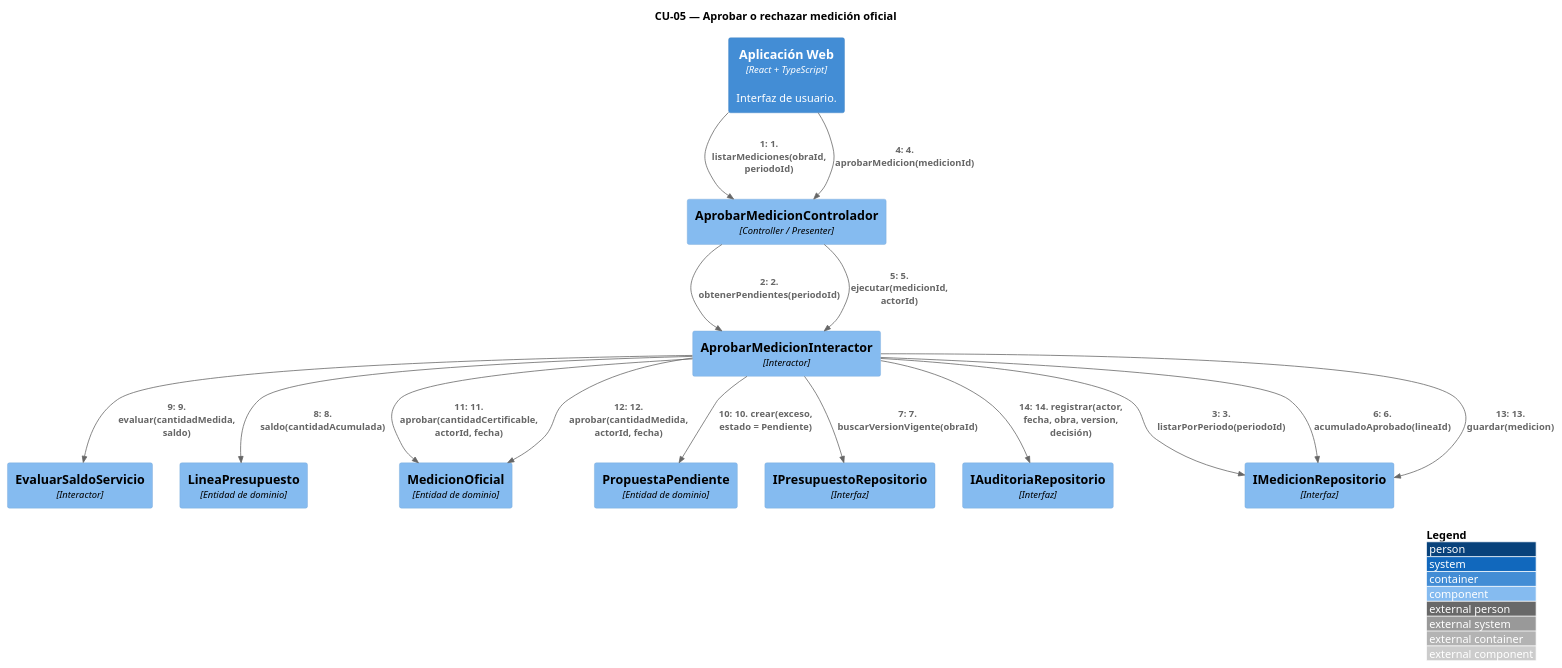
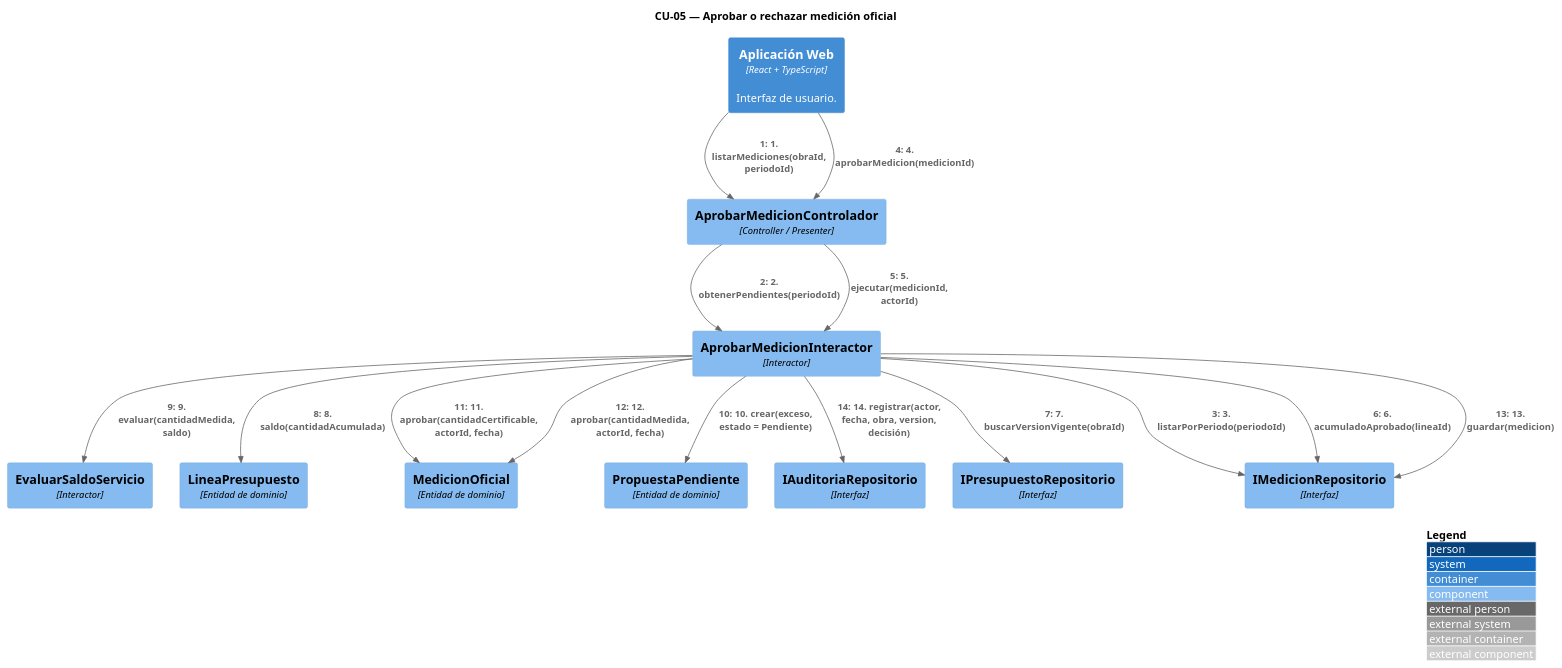
The diagram in modelo/c4/C4-CU05.puml (Ssrrb/TPF-teoria), drawn with PlantUML before and after one commit. The commit also changed other lines of this file and 248 other files, not shown here.

```diff
--- a/modelo/c4/C4-CU05.puml
+++ b/modelo/c4/C4-CU05.puml
@@ -1,31 +1,31 @@
 @startuml
 !include <C4/C4_Dynamic>
 LAYOUT_WITH_LEGEND()
 title CU-05 — Aprobar o rechazar medición oficial
 
 Container(web, "Aplicación Web", "React + TypeScript", "Interfaz de usuario.")
 Component(AprobarMedicionControlador, "AprobarMedicionControlador", "Controller / Presenter")
 Component(AprobarMedicionInteractor, "AprobarMedicionInteractor", "Interactor")
 Component(EvaluarSaldoServicio, "EvaluarSaldoServicio", "Interactor")
 Component(LineaPresupuesto, "LineaPresupuesto", "Entidad de dominio")
 Component(MedicionOficial, "MedicionOficial", "Entidad de dominio")
 Component(PropuestaPendiente, "PropuestaPendiente", "Entidad de dominio")
+Component(IAuditoriaRepositorio, "IAuditoriaRepositorio", "Interfaz")
 Component(IPresupuestoRepositorio, "IPresupuestoRepositorio", "Interfaz")
-Component(IAuditoriaRepositorio, "IAuditoriaRepositorio", "Interfaz")
 Component(IMedicionRepositorio, "IMedicionRepositorio", "Interfaz")
 
 Rel(web, AprobarMedicionControlador, "1. listarMediciones(obraId, periodoId)")
 Rel(AprobarMedicionControlador, AprobarMedicionInteractor, "2. obtenerPendientes(periodoId)")
 Rel(AprobarMedicionInteractor, IMedicionRepositorio, "3. listarPorPeriodo(periodoId)")
 Rel(web, AprobarMedicionControlador, "4. aprobarMedicion(medicionId)")
 Rel(AprobarMedicionControlador, AprobarMedicionInteractor, "5. ejecutar(medicionId, actorId)")
 Rel(AprobarMedicionInteractor, IMedicionRepositorio, "6. acumuladoAprobado(lineaId)")
 Rel(AprobarMedicionInteractor, IPresupuestoRepositorio, "7. buscarVersionVigente(obraId)")
 Rel(AprobarMedicionInteractor, LineaPresupuesto, "8. saldo(cantidadAcumulada)")
 Rel(AprobarMedicionInteractor, EvaluarSaldoServicio, "9. evaluar(cantidadMedida, saldo)")
 Rel(AprobarMedicionInteractor, PropuestaPendiente, "10. crear(exceso, estado = Pendiente)")
 Rel(AprobarMedicionInteractor, MedicionOficial, "11. aprobar(cantidadCertificable, actorId, fecha)")
 Rel(AprobarMedicionInteractor, MedicionOficial, "12. aprobar(cantidadMedida, actorId, fecha)")
 Rel(AprobarMedicionInteractor, IMedicionRepositorio, "13. guardar(medicion)")
 Rel(AprobarMedicionInteractor, IAuditoriaRepositorio, "14. registrar(actor, fecha, obra, version, decisión)")
 @enduml
```
